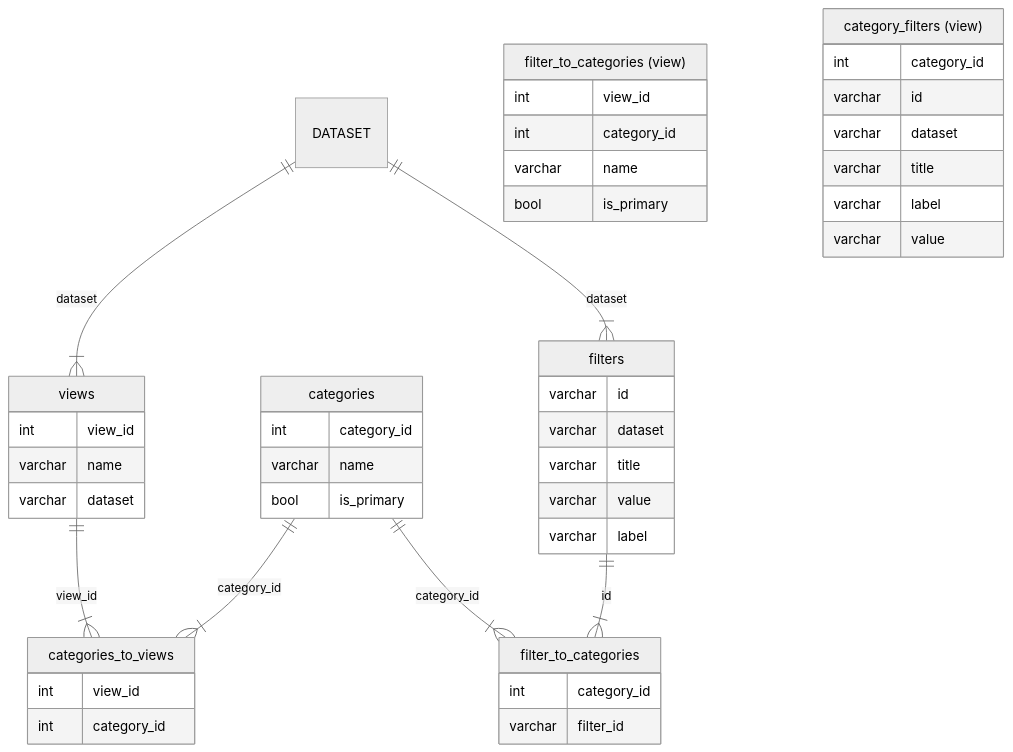
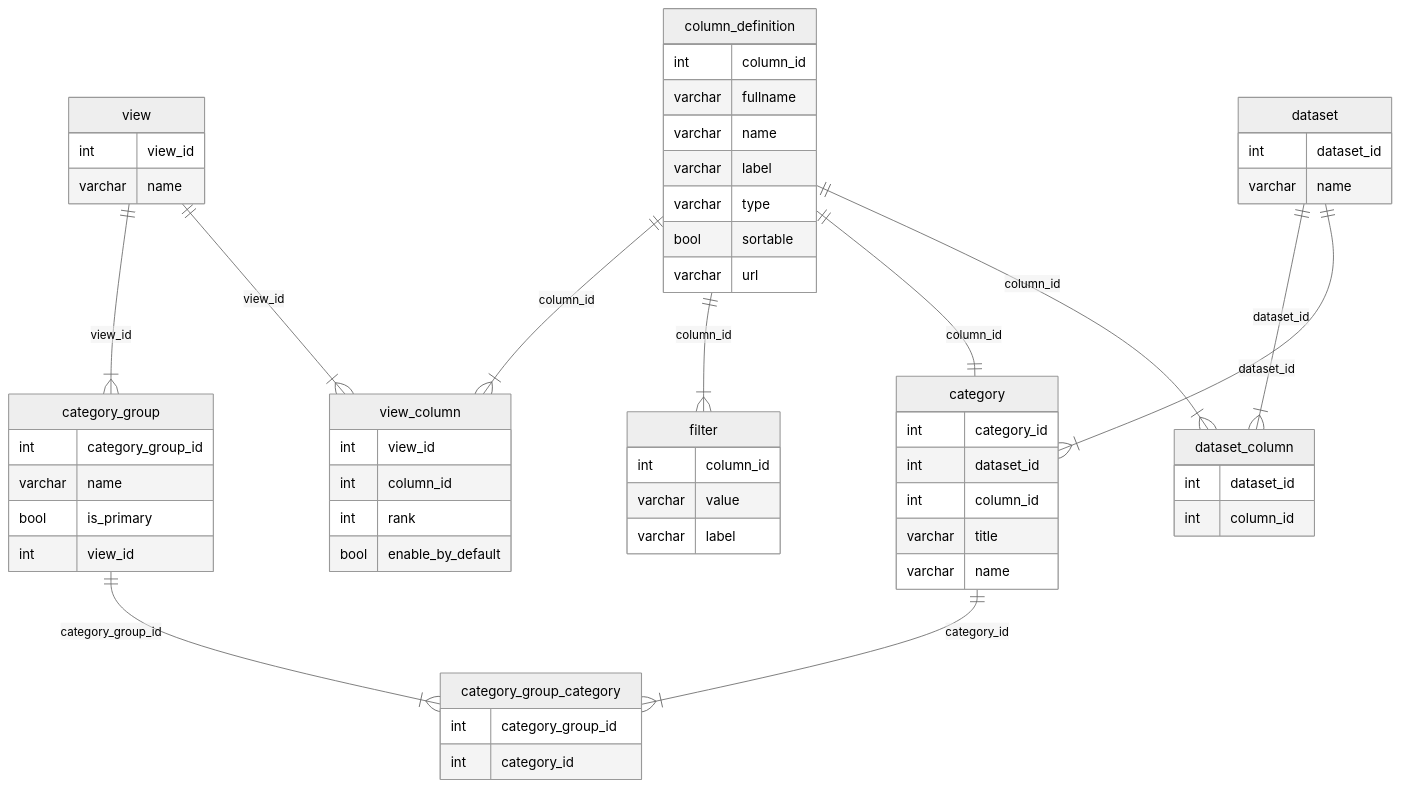
The diagram in scripts/etl/README.md (Ensembl/amr-portal), drawn with Mermaid (neutral theme) before and after one commit. The commit also changed other lines of this file and 8 other files, not shown here.

Commit message:
Added merge help script, updated views in processor, added unused filter chack

````diff
--- a/scripts/etl/README.md
+++ b/scripts/etl/README.md
@@ -57,58 +66,76 @@
 ```mermaid
 erDiagram
-    views {
+    view {
         int view_id
         varchar name
-        varchar dataset
     }
 
-    categories {
-        int category_id
-        varchar name
-        bool is_primary
+    view_column {
+        int view_id
+        int column_id
+        int rank
+        bool enable_by_default
     }
 
-    filters {
-        varchar id
-        varchar dataset
-        varchar title
+    filter {
+        int column_id
         varchar value
         varchar label
     }
+    
+    category {
+        int category_id
+        int dataset_id
+        int column_id
+        varchar title
+        varchar name
+    }
 
-    categories_to_views {
-        int view_id
+    category_group_category {
+        int category_group_id
         int category_id
     }
 
-    filter_to_categories {
-        int category_id
-        varchar filter_id
+    category_group {
+        int category_group_id
+        varchar name
+        bool is_primary
+        int view_id
+    }
+
+    dataset {
+        int dataset_id
+        varchar name
     }
 
 
-    views ||--|{ categories_to_views: view_id
-    categories ||--|{ categories_to_views: category_id
-
-    categories ||--|{ filter_to_categories: category_id
-    filters ||--|{ filter_to_categories: id
-
-    DATASET ||--|{ views: dataset
-    DATASET ||--|{ filters: dataset
-
-    "filter_to_categories (view)"{
-        int view_id
-        int category_id
+    column_definition {
+        int column_id
+        varchar fullname
         varchar name
-        bool is_primary
+        varchar label
+        varchar type
+        bool sortable
+        varchar url
     }
 
-    "category_filters (view)"{
-        int category_id
-        varchar id
-        varchar dataset
-        varchar title
-        varchar label
-        varchar value
+    dataset_column {
+        int dataset_id
+        int column_id
     }
+
+    view ||--|{ category_group: view_id 
+    view ||--|{ view_column: view_id
+
+    column_definition ||--|{ view_column: column_id
+    column_definition ||--|{ filter: column_id
+    column_definition ||--|| category: column_id
+
+    category ||--|{ category_group_category: category_id
+    category_group ||--|{ category_group_category: category_group_id
+
+    dataset ||--|{ dataset_column: dataset_id
+    dataset ||--|{ category: dataset_id
+
+    column_definition ||--|{ dataset_column: column_id
 ```
````
